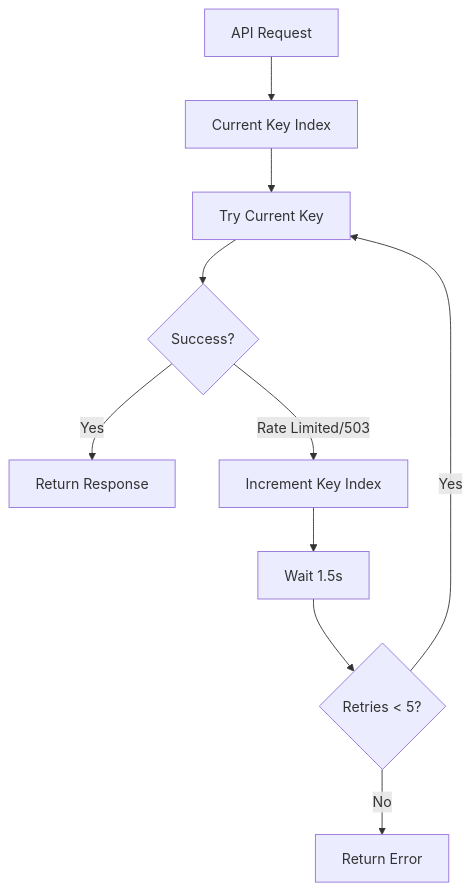
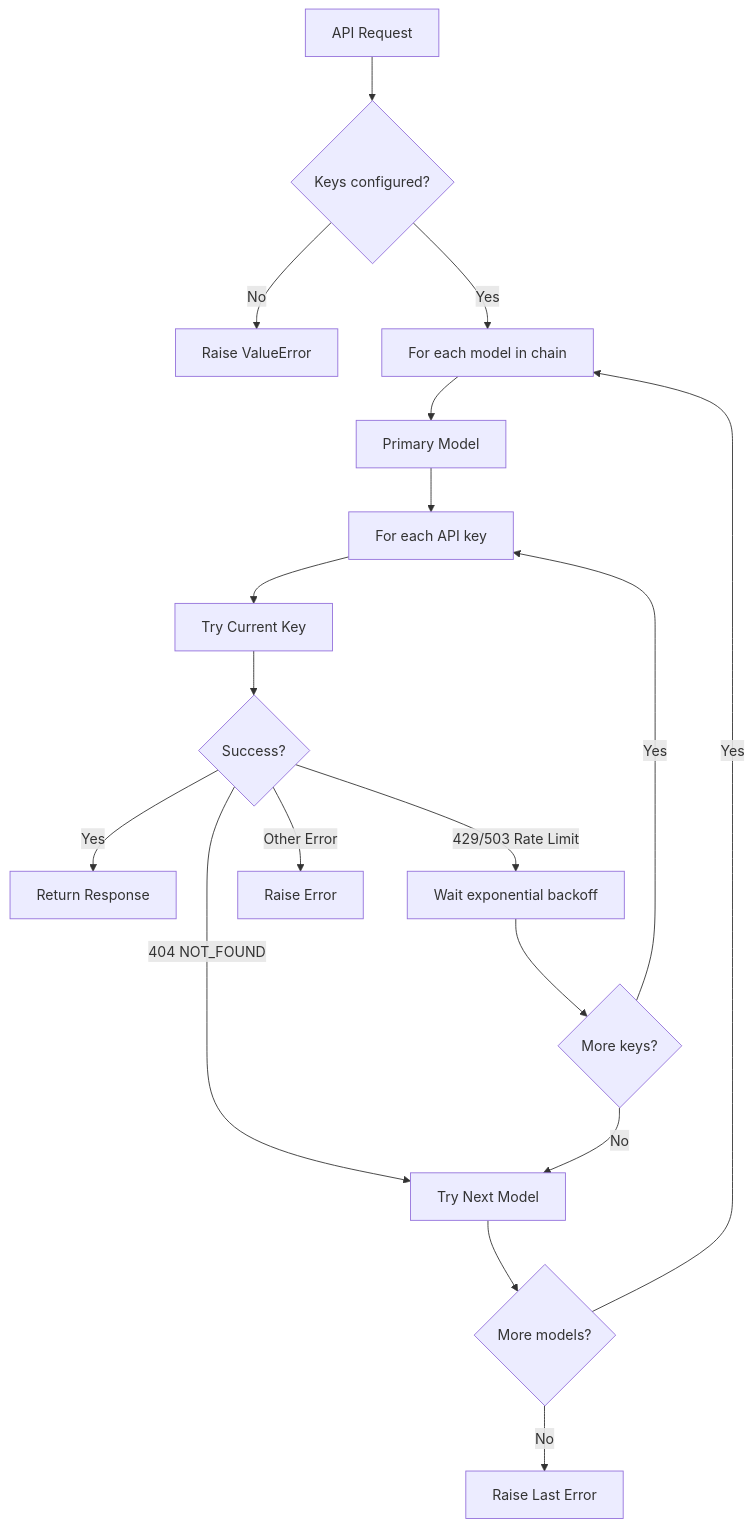
Diagram 11 of 11 in flowchart.md (aditiya-saputra/nova), drawn with Mermaid before and after one commit. The commit also changed other lines of this file and 27 other files, not shown here.

First line of the commit message:
v1.15.0: fix 20 bugs, add 12 tests, rewrite flowchart

````diff
--- a/flowchart.md
+++ b/flowchart.md
@@ -368,15 +493,25 @@
 ```mermaid
 flowchart TD
-    Request["API Request"] --> KeyIndex["Current Key Index"]
-    
-    KeyIndex --> TryKey["Try Current Key"]
+    Request["API Request"] --> CheckKeys{"Keys configured?"}
+    CheckKeys -->|"No"| RaiseError["Raise ValueError"]
+
+    CheckKeys -->|"Yes"| ModelLoop["For each model in chain"]
+    ModelLoop --> PrimaryModel["Primary Model"]
+    PrimaryModel --> KeyLoop["For each API key"]
+
+    KeyLoop --> TryKey["Try Current Key"]
     TryKey --> Success{"Success?"}
-    
+
     Success -->|"Yes"| ReturnResponse["Return Response"]
-    Success -->|"Rate Limited/503"| NextKey["Increment Key Index"]
-    NextKey --> WaitForRetry["Wait 1.5s"]
-    WaitForRetry --> RetryCount{"Retries < 5?"}
-    
-    RetryCount -->|"Yes"| TryKey
-    RetryCount -->|"No"| ReturnError["Return Error"]
+    Success -->|"404 NOT_FOUND"| NextModel["Try Next Model"]
+    Success -->|"429/503 Rate Limit"| WaitRetry["Wait exponential backoff"]
+    Success -->|"Other Error"| Raise["Raise Error"]
+
+    WaitRetry --> RetryKey{"More keys?"}
+    RetryKey -->|"Yes"| KeyLoop
+    RetryKey -->|"No"| NextModel
+
+    NextModel --> MoreModels{"More models?"}
+    MoreModels -->|"Yes"| ModelLoop
+    MoreModels -->|"No"| AllFailed["Raise Last Error"]
 ```
````
